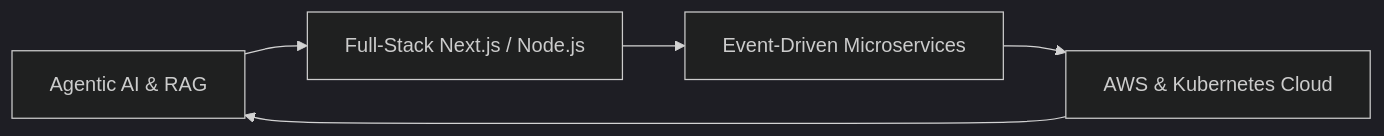
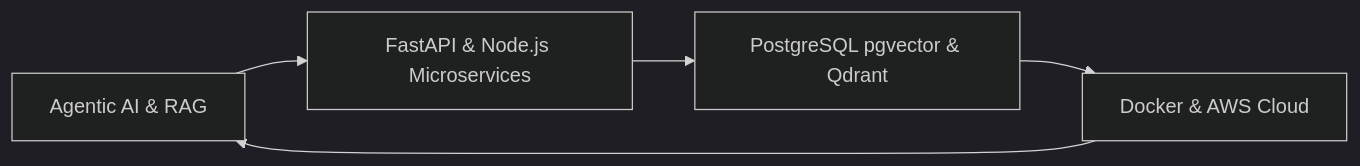
The diagram in README.md (maheshchichkoti/maheshchichkoti), drawn with Mermaid (dark theme) before and after one commit. The commit also changed other lines of this file, not shown here.

````diff
--- a/README.md
+++ b/README.md
@@ -181,7 +177,7 @@
 ```mermaid
 graph LR
-A[Agentic AI & RAG] --> B[Full-Stack Next.js / Node.js]
-B --> C[Event-Driven Microservices]
-C --> D[AWS & Kubernetes Cloud]
+A[Agentic AI & RAG] --> B[FastAPI & Node.js Microservices]
+B --> C[PostgreSQL pgvector & Qdrant]
+C --> D[Docker & AWS Cloud]
 D --> A
 ```
````
